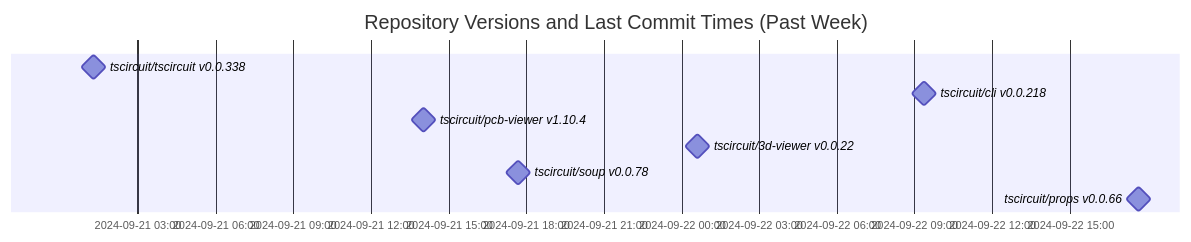
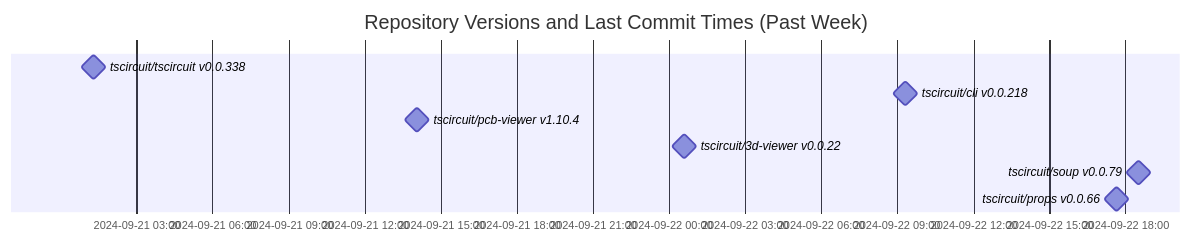
One commit to tscircuit/version-tracker changed the diagram in README.md. Above: the diagram before and after it, drawn with Mermaid.

Commit message:
Update chart

````diff
--- a/README.md
+++ b/README.md
@@ -1,13 +1,13 @@
 ```mermaid
 gantt
   dateFormat  YYYY-MM-DD HH:mm:ss
   title Repository Versions and Last Commit Times (Past Week)
   axisFormat %Y-%m-%d %H:%M
 
   tscircuit/tscircuit v0.0.338 : milestone, 2024-09-21 01:17:43, 1s
   tscircuit/cli v0.0.218 : milestone, 2024-09-22 09:20:51, 1s
   tscircuit/pcb-viewer v1.10.4 : milestone, 2024-09-21 14:02:34, 1s
   tscircuit/3d-viewer v0.0.22 : milestone, 2024-09-22 00:35:36, 1s
-  tscircuit/soup v0.0.78 : milestone, 2024-09-21 17:40:44, 1s
+  tscircuit/soup v0.0.79 : milestone, 2024-09-22 18:31:50, 1s
   tscircuit/props v0.0.66 : milestone, 2024-09-22 17:38:44, 1s
 ```
````
